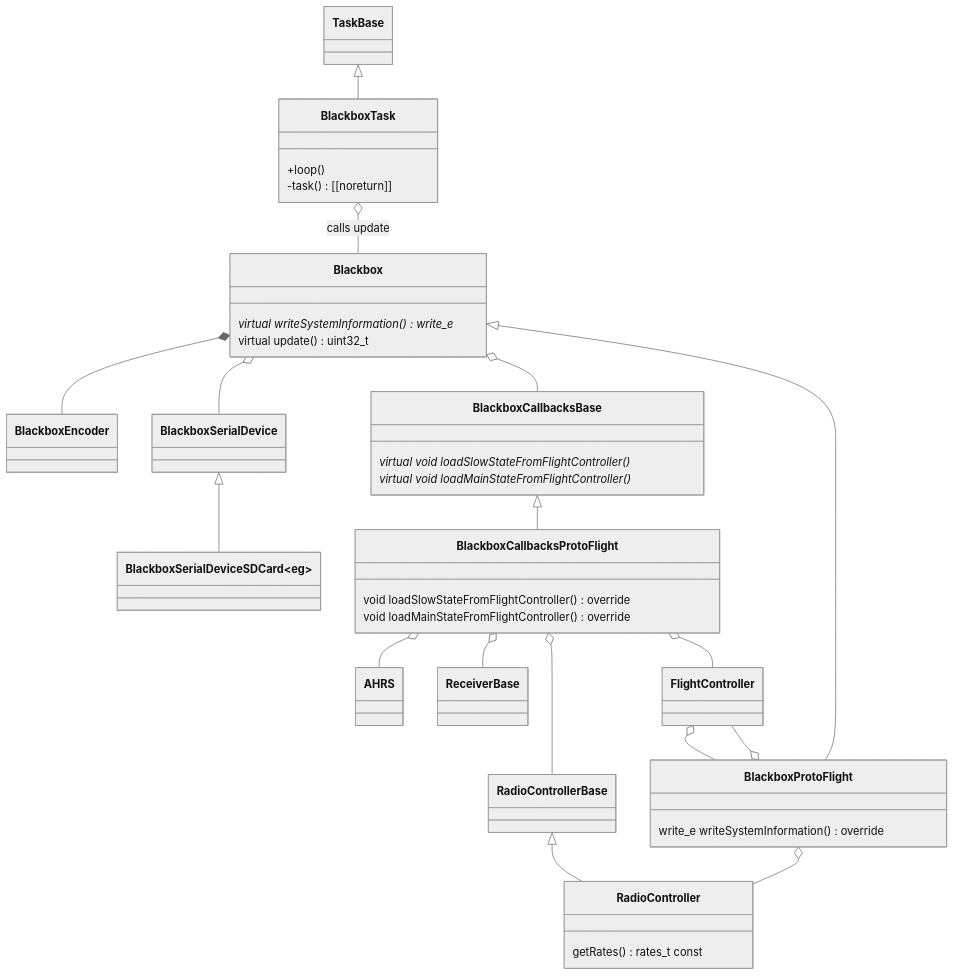
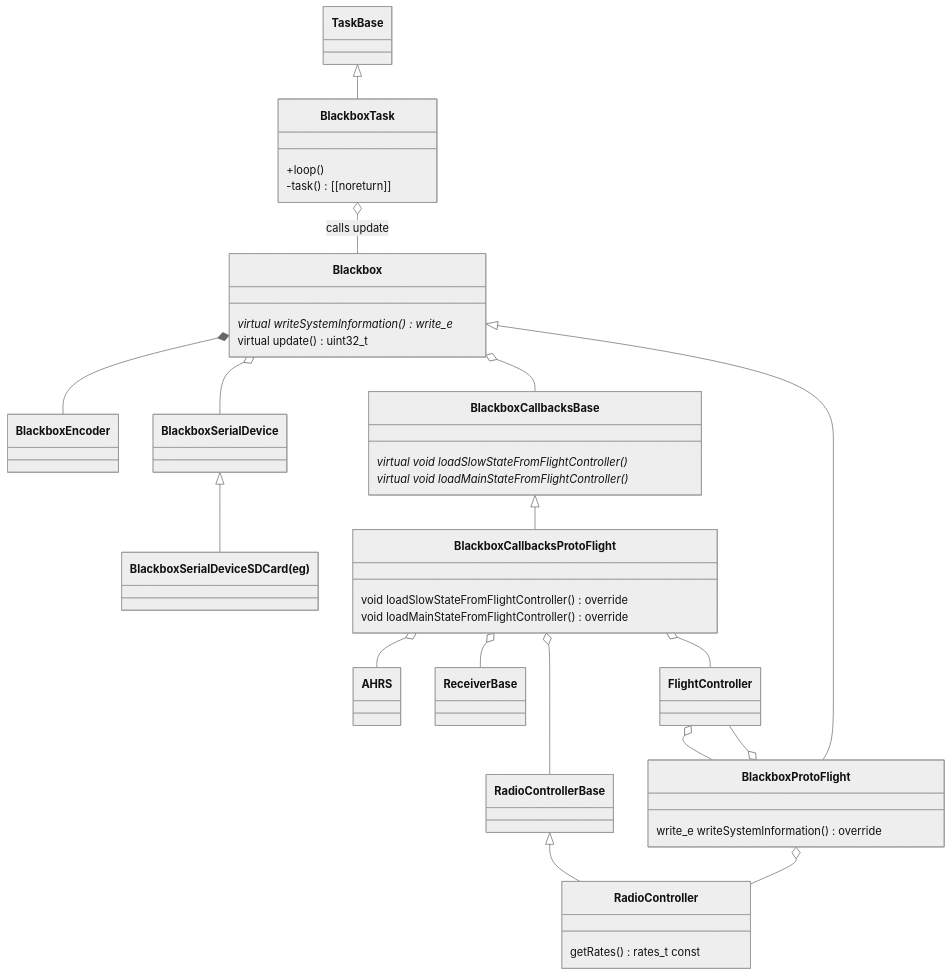
The third of 5 diagrams in README.md (martinbudden/Protoflight), drawn with Mermaid (neutral theme) before and after one commit. The commit also changed other lines of this file and 7 other files, not shown here.

````diff
--- a/README.md
+++ b/README.md
@@ -456,47 +456,48 @@
 ```mermaid
 classDiagram
     class Blackbox {
         virtual writeSystemInformation() write_e *
         virtual update() uint32_t
     }
     Blackbox *-- BlackboxEncoder
     Blackbox o-- BlackboxSerialDevice
     Blackbox o-- BlackboxCallbacksBase
 
     RadioControllerBase <|-- RadioController
     class RadioController {
         getRates() rates_t  const
     }
 
     Blackbox <|-- BlackboxProtoFlight
     class BlackboxProtoFlight {
         write_e writeSystemInformation() override
     }
     BlackboxProtoFlight o-- FlightController
     FlightController o-- BlackboxProtoFlight
     BlackboxProtoFlight o-- RadioController
 
     class BlackboxCallbacksBase {
         virtual void loadSlowStateFromFlightController() *
         virtual void loadMainStateFromFlightController() *
     }
 
     BlackboxCallbacksBase <|-- BlackboxCallbacksProtoFlight
     class BlackboxCallbacksProtoFlight {
         void loadSlowStateFromFlightController() override
         void loadMainStateFromFlightController() override
     }
     BlackboxCallbacksProtoFlight o-- AHRS
     BlackboxCallbacksProtoFlight o-- ReceiverBase
     BlackboxCallbacksProtoFlight o-- RadioControllerBase
     BlackboxCallbacksProtoFlight o-- FlightController
 
-    BlackboxSerialDevice <|-- BlackboxSerialDeviceSDCard~eg~
+    class BlackboxSerialDeviceSDCard["BlackboxSerialDeviceSDCard(eg)"]
+    BlackboxSerialDevice <|-- BlackboxSerialDeviceSDCard
 
     TaskBase <|-- BlackboxTask
     class BlackboxTask {
         +loop()
         -task() [[noreturn]]
     }
     BlackboxTask o-- Blackbox : calls update
 ```
````
